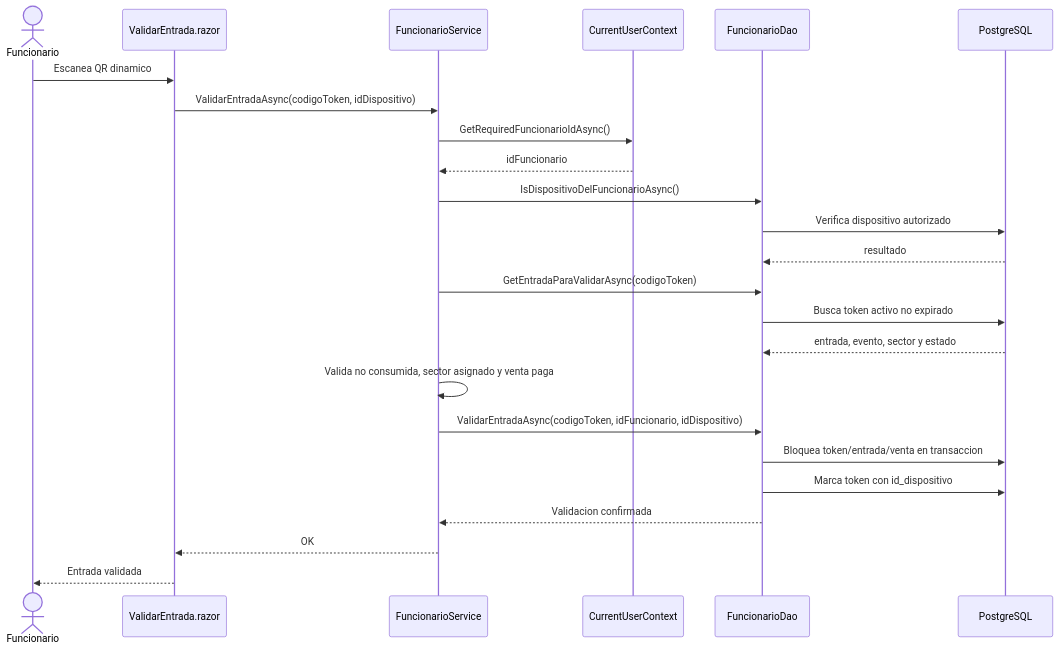
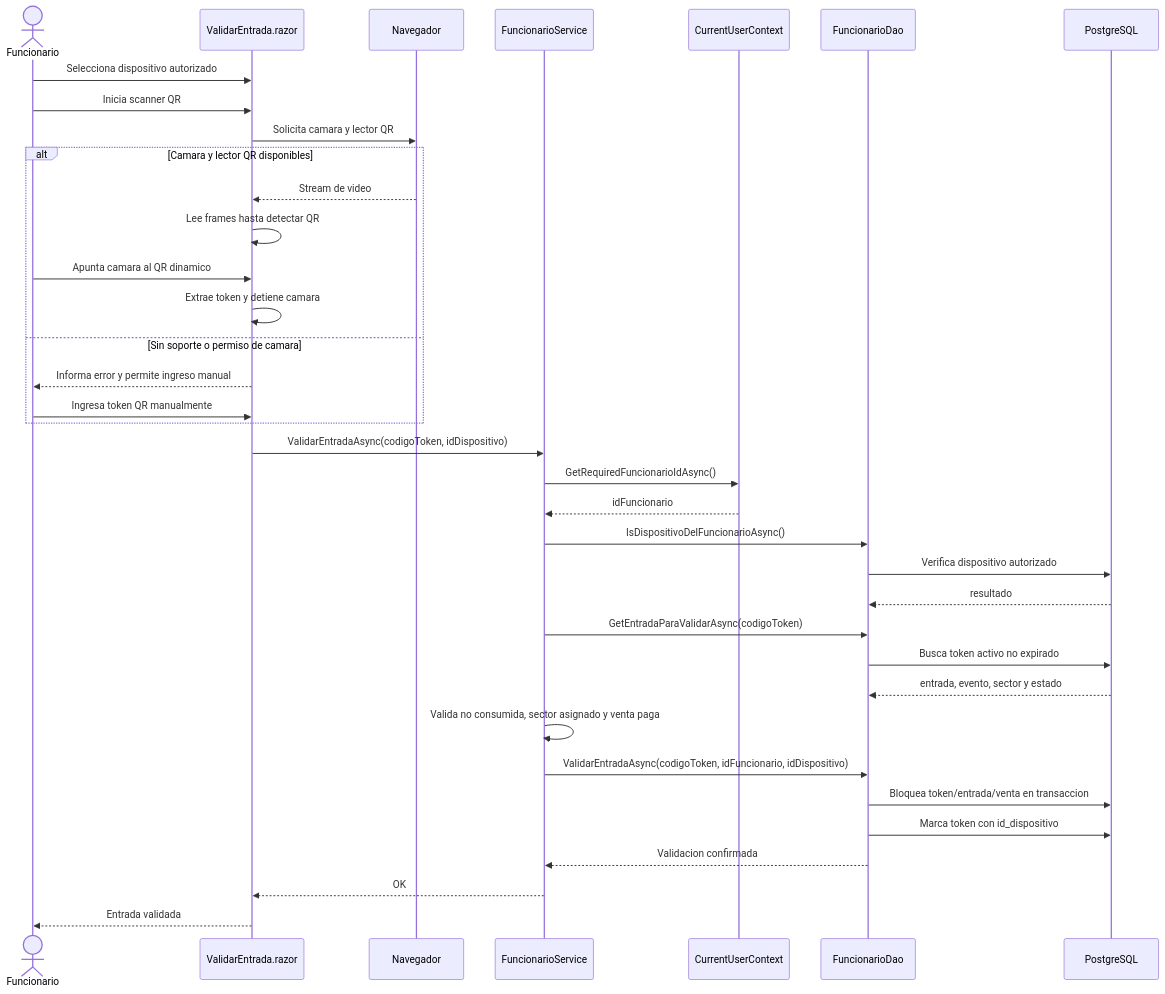
Before and after one commit to NicoWagner2005/obligatorio-BDII: the fifth of 6 diagrams in docs/Diagramas.md, drawn with Mermaid. The commit also changed 2 other files, not shown here.

Commit message:
Documentation changed

````diff
--- a/docs/Diagramas.md
+++ b/docs/Diagramas.md
@@ -567,27 +567,39 @@
 ```mermaid
 sequenceDiagram
     actor Funcionario
     participant UI as ValidarEntrada.razor
+    participant Browser as Navegador
     participant FuncionarioService
     participant CurrentUserContext
     participant FuncionarioDao
     participant DB as PostgreSQL
 
-    Funcionario->>UI: Escanea QR dinamico
+    Funcionario->>UI: Selecciona dispositivo autorizado
+    Funcionario->>UI: Inicia scanner QR
+    UI->>Browser: Solicita camara y lector QR
+    alt Camara y lector QR disponibles
+        Browser-->>UI: Stream de video
+        UI->>UI: Lee frames hasta detectar QR
+        Funcionario->>UI: Apunta camara al QR dinamico
+        UI->>UI: Extrae token y detiene camara
+    else Sin soporte o permiso de camara
+        UI-->>Funcionario: Informa error y permite ingreso manual
+        Funcionario->>UI: Ingresa token QR manualmente
+    end
     UI->>FuncionarioService: ValidarEntradaAsync(codigoToken, idDispositivo)
     FuncionarioService->>CurrentUserContext: GetRequiredFuncionarioIdAsync()
     CurrentUserContext-->>FuncionarioService: idFuncionario
     FuncionarioService->>FuncionarioDao: IsDispositivoDelFuncionarioAsync()
     FuncionarioDao->>DB: Verifica dispositivo autorizado
     DB-->>FuncionarioDao: resultado
     FuncionarioService->>FuncionarioDao: GetEntradaParaValidarAsync(codigoToken)
     FuncionarioDao->>DB: Busca token activo no expirado
     DB-->>FuncionarioDao: entrada, evento, sector y estado
     FuncionarioService->>FuncionarioService: Valida no consumida, sector asignado y venta paga
     FuncionarioService->>FuncionarioDao: ValidarEntradaAsync(codigoToken, idFuncionario, idDispositivo)
     FuncionarioDao->>DB: Bloquea token/entrada/venta en transaccion
     FuncionarioDao->>DB: Marca token con id_dispositivo
     FuncionarioDao-->>FuncionarioService: Validacion confirmada
     FuncionarioService-->>UI: OK
     UI-->>Funcionario: Entrada validada
 ```
````
